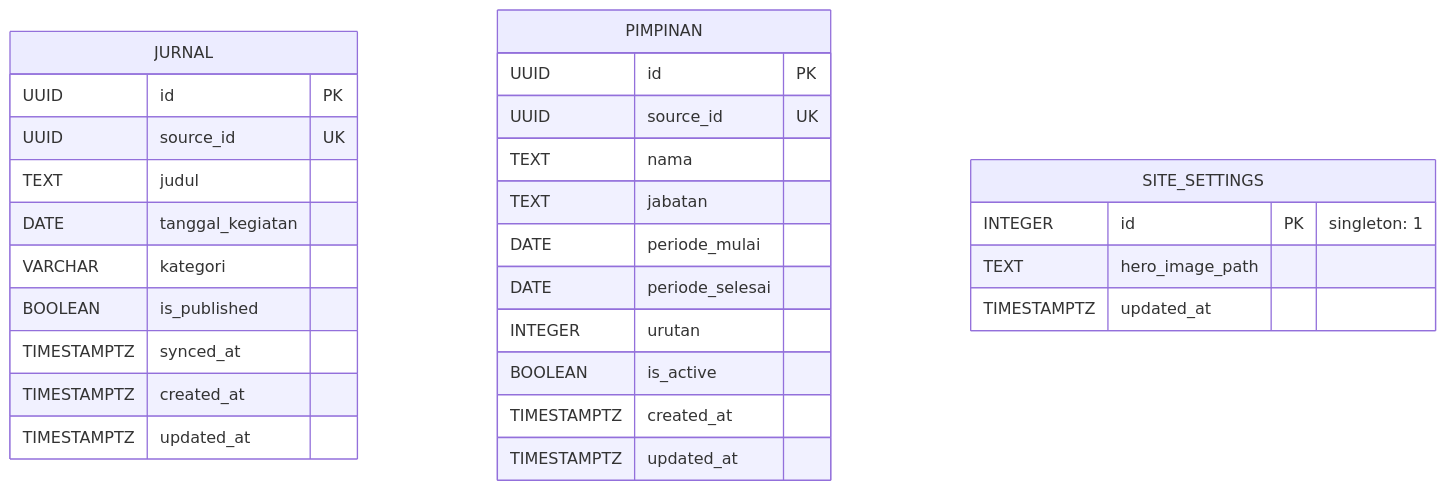
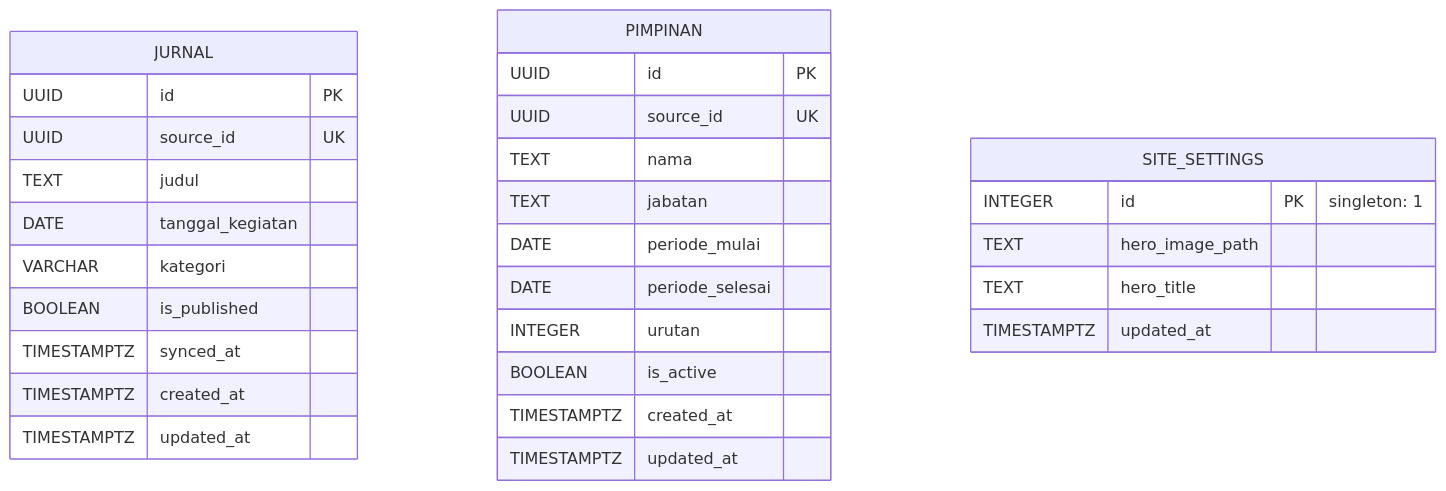
Before and after one commit to MohammadNasrullohh/etalase: the diagram in docs/architecture/ERD.md, drawn with Mermaid. The commit also changed other lines of this file and 13 other files, not shown here.

````diff
--- a/docs/architecture/ERD.md
+++ b/docs/architecture/ERD.md
@@ -5,33 +5,34 @@
 ```mermaid
 erDiagram
     JURNAL {
         UUID id PK
         UUID source_id UK
         TEXT judul
         DATE tanggal_kegiatan
         VARCHAR kategori
         BOOLEAN is_published
         TIMESTAMPTZ synced_at
         TIMESTAMPTZ created_at
         TIMESTAMPTZ updated_at
     }
 
     PIMPINAN {
         UUID id PK
         UUID source_id UK
         TEXT nama
         TEXT jabatan
         DATE periode_mulai
         DATE periode_selesai
         INTEGER urutan
         BOOLEAN is_active
         TIMESTAMPTZ created_at
         TIMESTAMPTZ updated_at
     }
 
     SITE_SETTINGS {
         INTEGER id PK "singleton: 1"
         TEXT hero_image_path
+        TEXT hero_title
         TIMESTAMPTZ updated_at
     }
 ```
````
